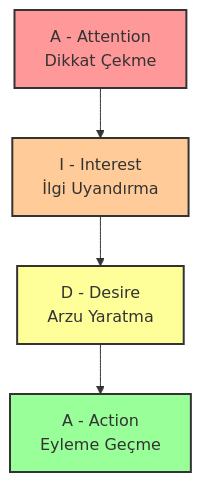
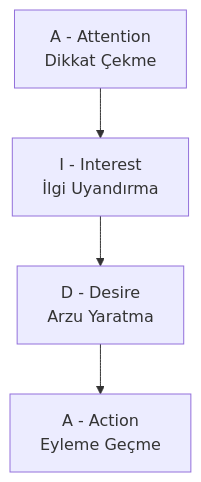
One commit to meto-data/noetic-logos changed the second of 2 diagrams in content/1-ders-notlari/2-sinif/2-2-bahar/dijital-pazarlama/Teorik Notlar/dijital-pazarlama-3.md. Above: the diagram before and after it, drawn with Mermaid. The commit also changed other lines of this file and 116 other files, not shown here.

````diff
--- a/content/1-ders-notlari/2-sinif/2-2-bahar/dijital-pazarlama/Teorik Notlar/dijital-pazarlama-3.md
+++ b/content/1-ders-notlari/2-sinif/2-2-bahar/dijital-pazarlama/Teorik Notlar/dijital-pazarlama-3.md
@@ -75,11 +73,6 @@
 ```mermaid
 graph TD
     A[A - Attention <br> Dikkat Çekme] --> B[I - Interest <br> İlgi Uyandırma]
     B --> C[D - Desire <br> Arzu Yaratma]
     C --> D[A - Action <br> Eyleme Geçme]
-    
-    style A fill:#ff9999,stroke:#333,stroke-width:2px
-    style B fill:#ffcc99,stroke:#333,stroke-width:2px
-    style C fill:#ffff99,stroke:#333,stroke-width:2px
-    style D fill:#99ff99,stroke:#333,stroke-width:2px
 ```
````
